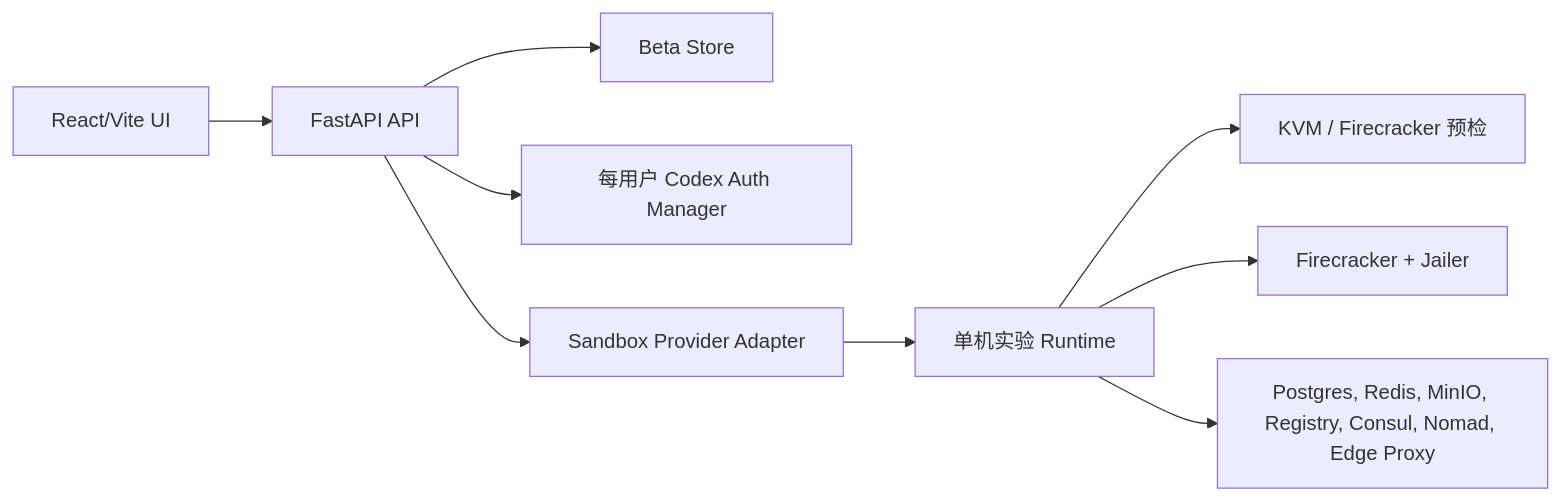
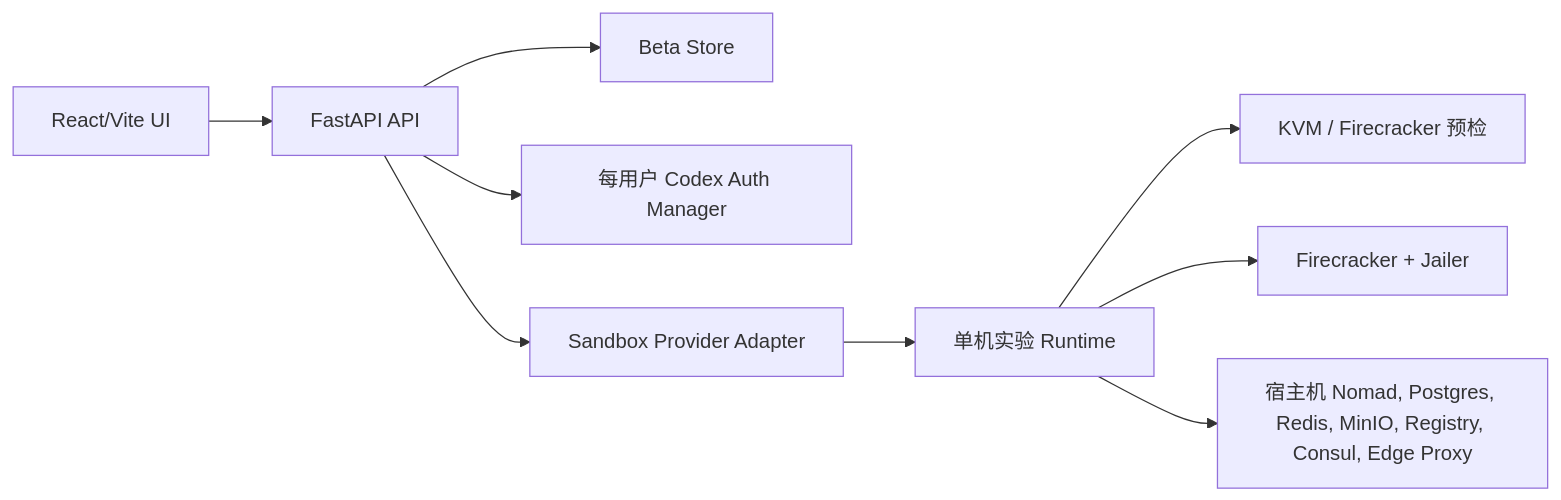
The diagram in docs/ARCHITECTURE.zh-CN.md (ryan-wong-coder/sandbox-control), drawn with Mermaid before and after one commit. The commit also changed other lines of this file and 6 other files, not shown here.

Commit message:
Run Nomad as host infra service

````diff
--- a/docs/ARCHITECTURE.zh-CN.md
+++ b/docs/ARCHITECTURE.zh-CN.md
@@ -5,11 +5,11 @@
 ```mermaid
 flowchart LR
   Web[React/Vite UI] --> API[FastAPI API]
   API --> Store[Beta Store]
   API --> Auth[每用户 Codex Auth Manager]
   API --> Provider[Sandbox Provider Adapter]
   Provider --> Local[单机实验 Runtime]
   Local --> Preflight[KVM / Firecracker 预检]
   Local --> Firecracker[Firecracker + Jailer]
-  Local --> Infra[Postgres, Redis, MinIO, Registry, Consul, Nomad, Edge Proxy]
+  Local --> Infra[宿主机 Nomad, Postgres, Redis, MinIO, Registry, Consul, Edge Proxy]
 ```
````
